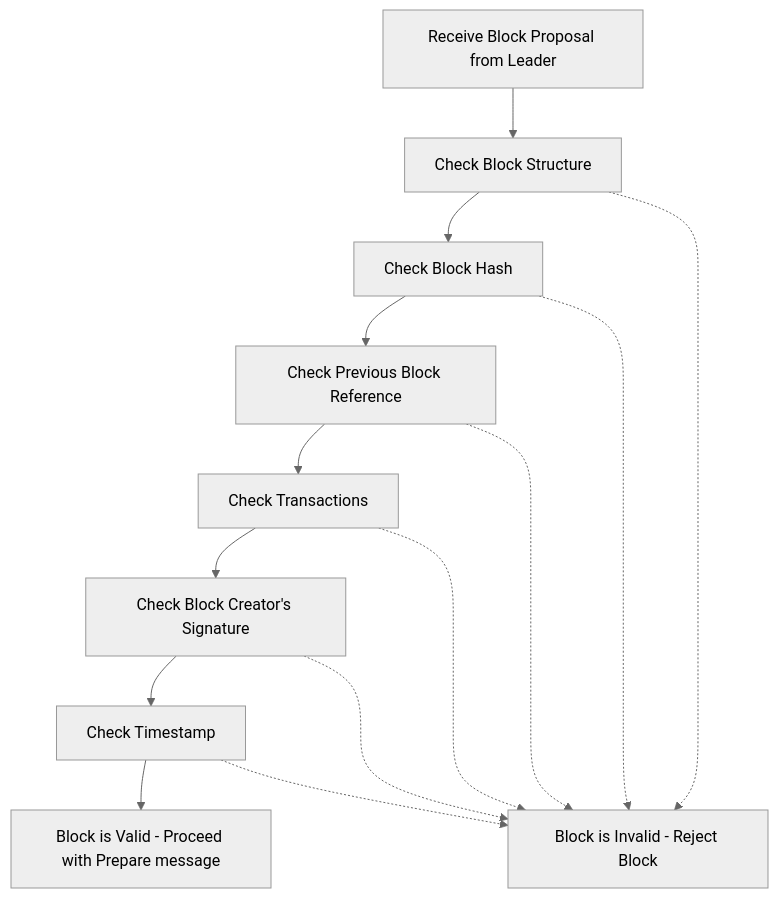
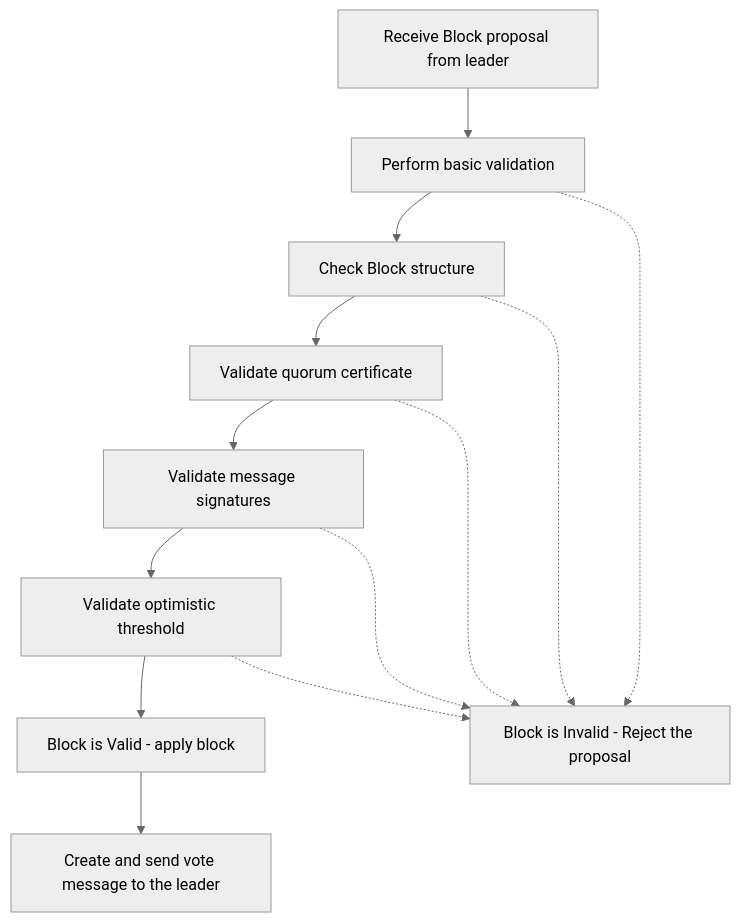
One commit to pokt-network/pocket changed the second of 4 diagrams in consensus/README.md. Above: the diagram before and after it, drawn with Mermaid (neutral theme). The commit also changed other lines of this file and 1 other file, not shown here.

Commit message:
update changelog, update module desc

````diff
--- a/consensus/README.md
+++ b/consensus/README.md
@@ -60,25 +63,24 @@
 ```mermaid
 graph TD
-    A[Receive Block Proposal from Leader]
-    B[Check Block Structure]
-    C[Check Block Hash]
-    D[Check Previous Block Reference]
-    E[Check Transactions]
-    F[Check Block Creator's Signature]
-    G[Check Timestamp]
-    H[Block is Valid - Proceed with Prepare message]
-    I[Block is Invalid - Reject Block]
+    A[Receive Block proposal from leader]
+    B[Perform basic validation]
+    C[Check Block structure]
+    D[Validate quorum certificate]
+    E[Validate message signatures]
+    F[Validate optimistic threshold]
+    G[Block is Valid - apply block]
+    H[Block is Invalid - Reject the proposal]
+    J[Create and send vote message to the leader]
     A-->B
     B-->C
     C-->D
     D-->E
     E-->F
     F-->G
-    G-->H
-    B-.->I
-    C-.->I
-    D-.->I
-    E-.->I
-    F-.->I
-    G-.->I
+    G-->J
+    B-.->H
+    C-.->H
+    D-.->H
+    E-.->H
+    F-.->H
 ```
````
